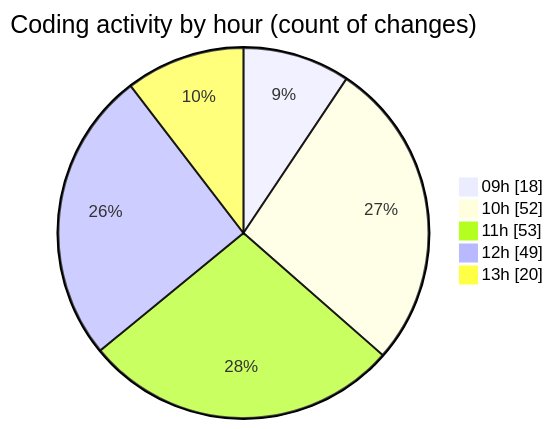
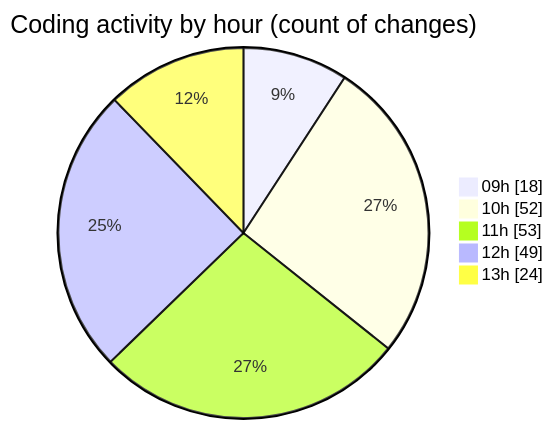
Before and after one commit to momahboobian/code-tracking: the second of 2 diagrams in 2025-03-21/cda/README.md, drawn with Mermaid. The commit also changed other lines of this file and 1 other file, not shown here.

````diff
--- a/2025-03-21/cda/README.md
+++ b/2025-03-21/cda/README.md
@@ -51,9 +51,9 @@
 ```mermaid
 pie showData
 title Coding activity by hour (count of changes)
 "09h" : 18
 "10h" : 52
 "11h" : 53
 "12h" : 49
-"13h" : 20
+"13h" : 24
 ```
````
